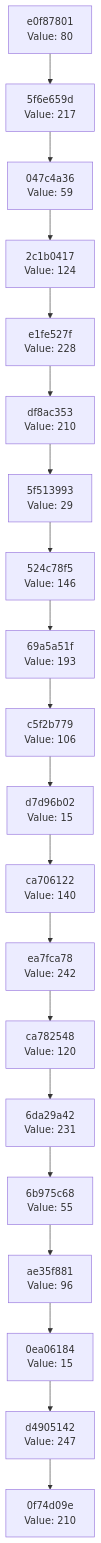
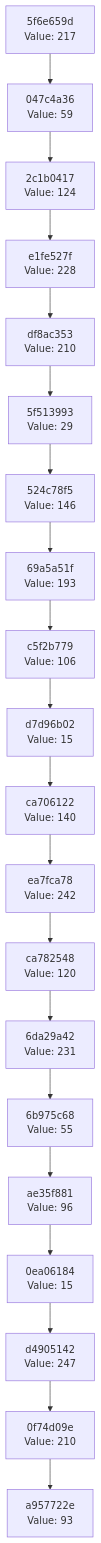
Before and after one commit to Abhisheksinha1506/hash-chain-evolver: the diagram in docs/CHAIN_VISUALIZATION.md, drawn with Mermaid. The commit also changed 2 other files, not shown here.

Commit message:
Evolution step: hash 0x5D → action executed

````diff
--- a/docs/CHAIN_VISUALIZATION.md
+++ b/docs/CHAIN_VISUALIZATION.md
@@ -3,42 +3,42 @@
 ```mermaid
 graph TD
-    C0["0f74d09e<br/>Value: 210"]
-    C1["d4905142<br/>Value: 247"]
+    C0["a957722e<br/>Value: 93"]
+    C1["0f74d09e<br/>Value: 210"]
     C1 --> C0
-    C2["0ea06184<br/>Value: 15"]
+    C2["d4905142<br/>Value: 247"]
     C2 --> C1
-    C3["ae35f881<br/>Value: 96"]
+    C3["0ea06184<br/>Value: 15"]
     C3 --> C2
-    C4["6b975c68<br/>Value: 55"]
+    C4["ae35f881<br/>Value: 96"]
     C4 --> C3
-    C5["6da29a42<br/>Value: 231"]
+    C5["6b975c68<br/>Value: 55"]
     C5 --> C4
-    C6["ca782548<br/>Value: 120"]
+    C6["6da29a42<br/>Value: 231"]
     C6 --> C5
-    C7["ea7fca78<br/>Value: 242"]
+    C7["ca782548<br/>Value: 120"]
     C7 --> C6
-    C8["ca706122<br/>Value: 140"]
+    C8["ea7fca78<br/>Value: 242"]
     C8 --> C7
-    C9["d7d96b02<br/>Value: 15"]
+    C9["ca706122<br/>Value: 140"]
     C9 --> C8
-    C10["c5f2b779<br/>Value: 106"]
+    C10["d7d96b02<br/>Value: 15"]
     C10 --> C9
-    C11["69a5a51f<br/>Value: 193"]
+    C11["c5f2b779<br/>Value: 106"]
     C11 --> C10
-    C12["524c78f5<br/>Value: 146"]
+    C12["69a5a51f<br/>Value: 193"]
     C12 --> C11
-    C13["5f513993<br/>Value: 29"]
+    C13["524c78f5<br/>Value: 146"]
     C13 --> C12
-    C14["df8ac353<br/>Value: 210"]
+    C14["5f513993<br/>Value: 29"]
     C14 --> C13
-    C15["e1fe527f<br/>Value: 228"]
+    C15["df8ac353<br/>Value: 210"]
     C15 --> C14
-    C16["2c1b0417<br/>Value: 124"]
+    C16["e1fe527f<br/>Value: 228"]
     C16 --> C15
-    C17["047c4a36<br/>Value: 59"]
+    C17["2c1b0417<br/>Value: 124"]
     C17 --> C16
-    C18["5f6e659d<br/>Value: 217"]
+    C18["047c4a36<br/>Value: 59"]
     C18 --> C17
-    C19["e0f87801<br/>Value: 80"]
+    C19["5f6e659d<br/>Value: 217"]
     C19 --> C18
 ```
````
